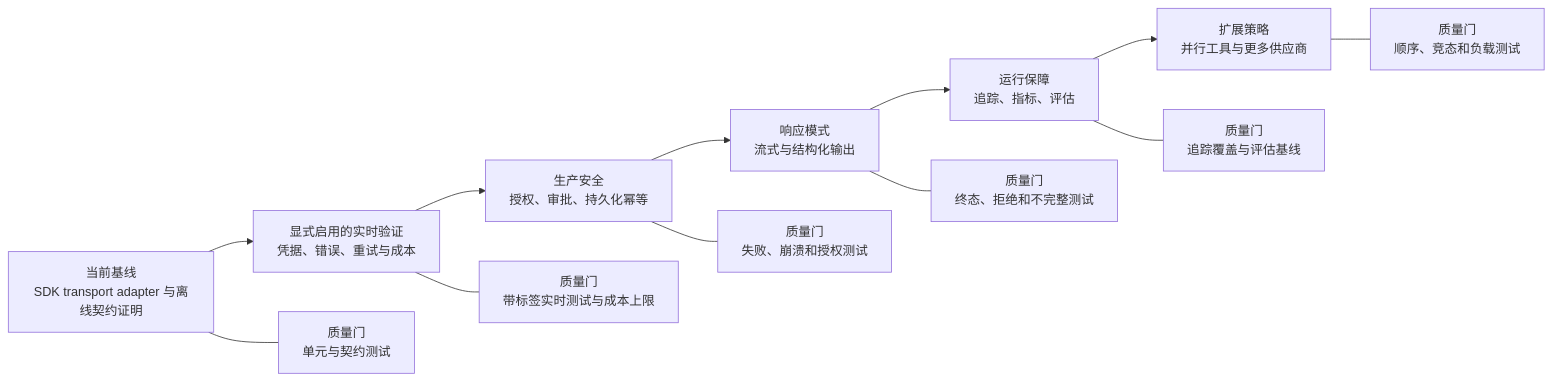
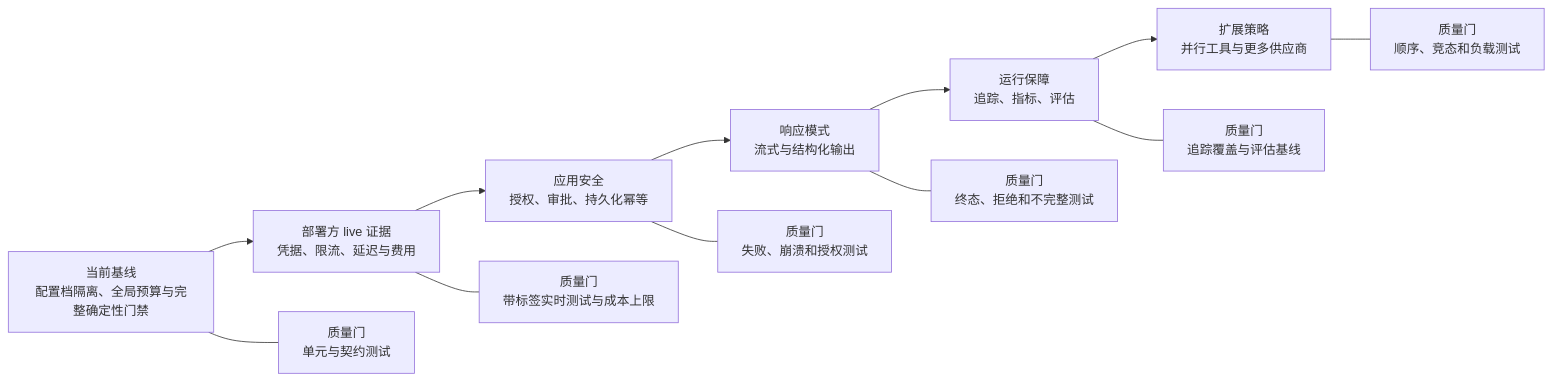
Before and after one commit to jamienlu/pickagent: the second of 2 diagrams in responses-agent-runtime/docs/project-mind-map.zh-CN.md, drawn with Mermaid. The commit also changed other lines of this file and 78 other files, not shown here.

````diff
--- a/responses-agent-runtime/docs/project-mind-map.zh-CN.md
+++ b/responses-agent-runtime/docs/project-mind-map.zh-CN.md
@@ -72,15 +89,15 @@
 ```mermaid
 flowchart LR
-    A[当前基线<br/>SDK transport adapter 与离线契约证明] --> B[显式启用的实时验证<br/>凭据、错误、重试与成本]
-    B --> C[生产安全<br/>授权、审批、持久化幂等]
+    A[当前基线<br/>配置档隔离、全局预算与完整确定性门禁] --> B[部署方 live 证据<br/>凭据、限流、延迟与费用]
+    B --> C[应用安全<br/>授权、审批、持久化幂等]
     C --> D[响应模式<br/>流式与结构化输出]
     D --> E[运行保障<br/>追踪、指标、评估]
     E --> F[扩展策略<br/>并行工具与更多供应商]
 
     A --- GA[质量门<br/>单元与契约测试]
     B --- GB[质量门<br/>带标签实时测试与成本上限]
     C --- GC[质量门<br/>失败、崩溃和授权测试]
     D --- GD[质量门<br/>终态、拒绝和不完整测试]
     E --- GE[质量门<br/>追踪覆盖与评估基线]
     F --- GF[质量门<br/>顺序、竞态和负载测试]
 ```
````
